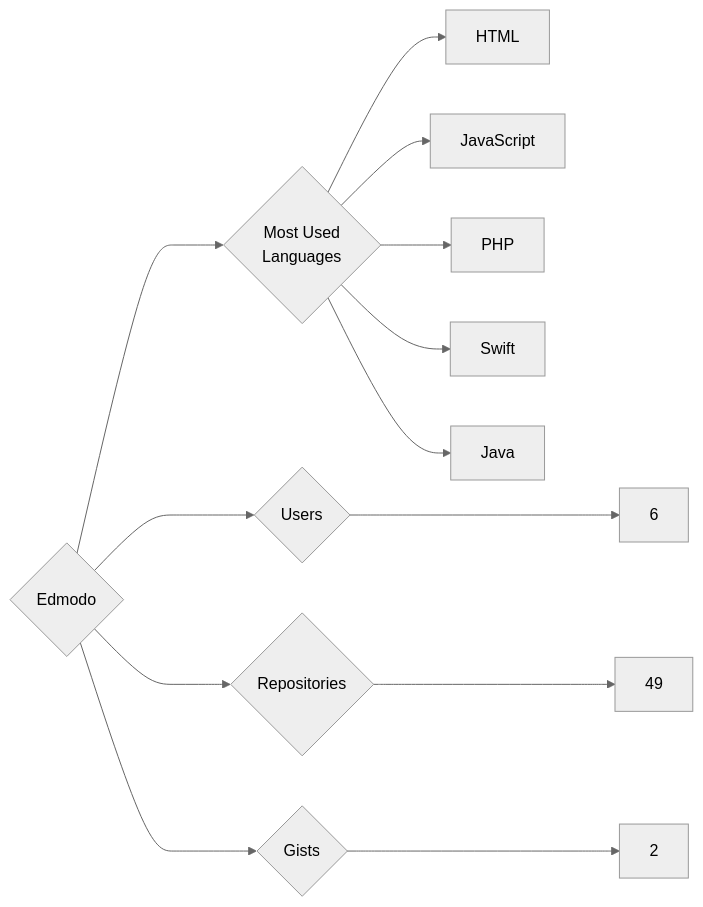
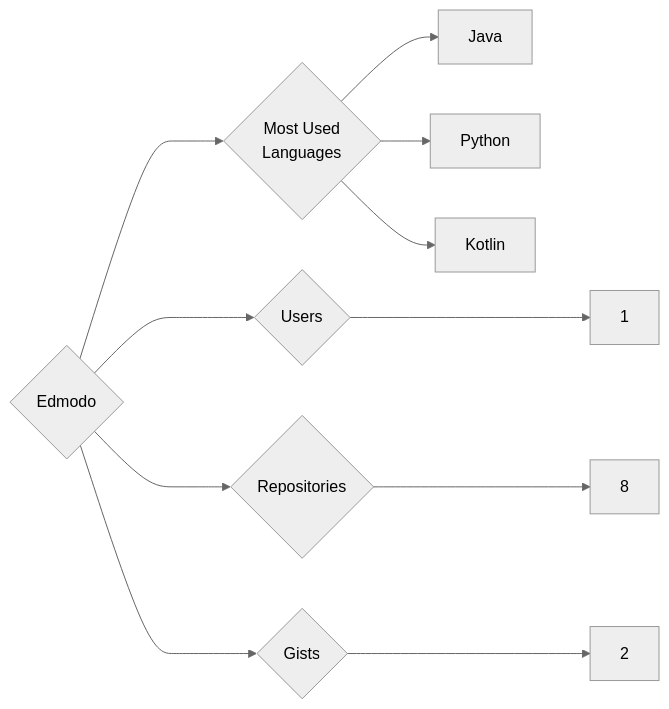
The diagram in targets/Edmodo/README.md (trickest/insiders), drawn with Mermaid (neutral theme) before and after one commit. The commit also changed 997 other files, not shown here.

````diff
--- a/targets/Edmodo/README.md
+++ b/targets/Edmodo/README.md
@@ -3,13 +3,11 @@
 ```mermaid
 graph LR
 COMPANY_NAME{Edmodo}
-COMPANY_NAME ---> U{Users} ---> UN[6]
-COMPANY_NAME ---> R{Repositories} ---> RN[49]
+COMPANY_NAME ---> U{Users} ---> UN[1]
+COMPANY_NAME ---> R{Repositories} ---> RN[8]
 COMPANY_NAME ---> G{Gists} ---> GN[2]
 COMPANY_NAME ---> ML{Most Used<br>Languages}
-ML --> HTML[HTML]
-ML --> JavaScript[JavaScript]
-ML --> PHP[PHP]
-ML --> Swift[Swift]
 ML --> Java[Java]
+ML --> Python[Python]
+ML --> Kotlin[Kotlin]
 ```
````
